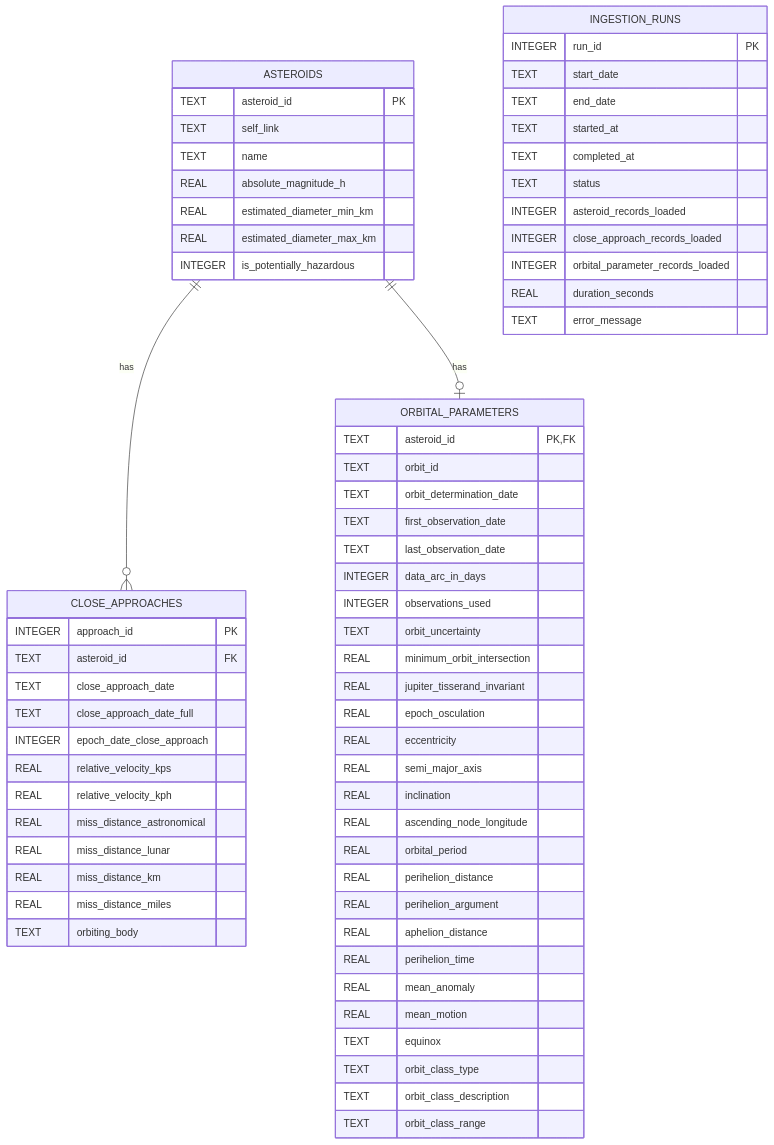
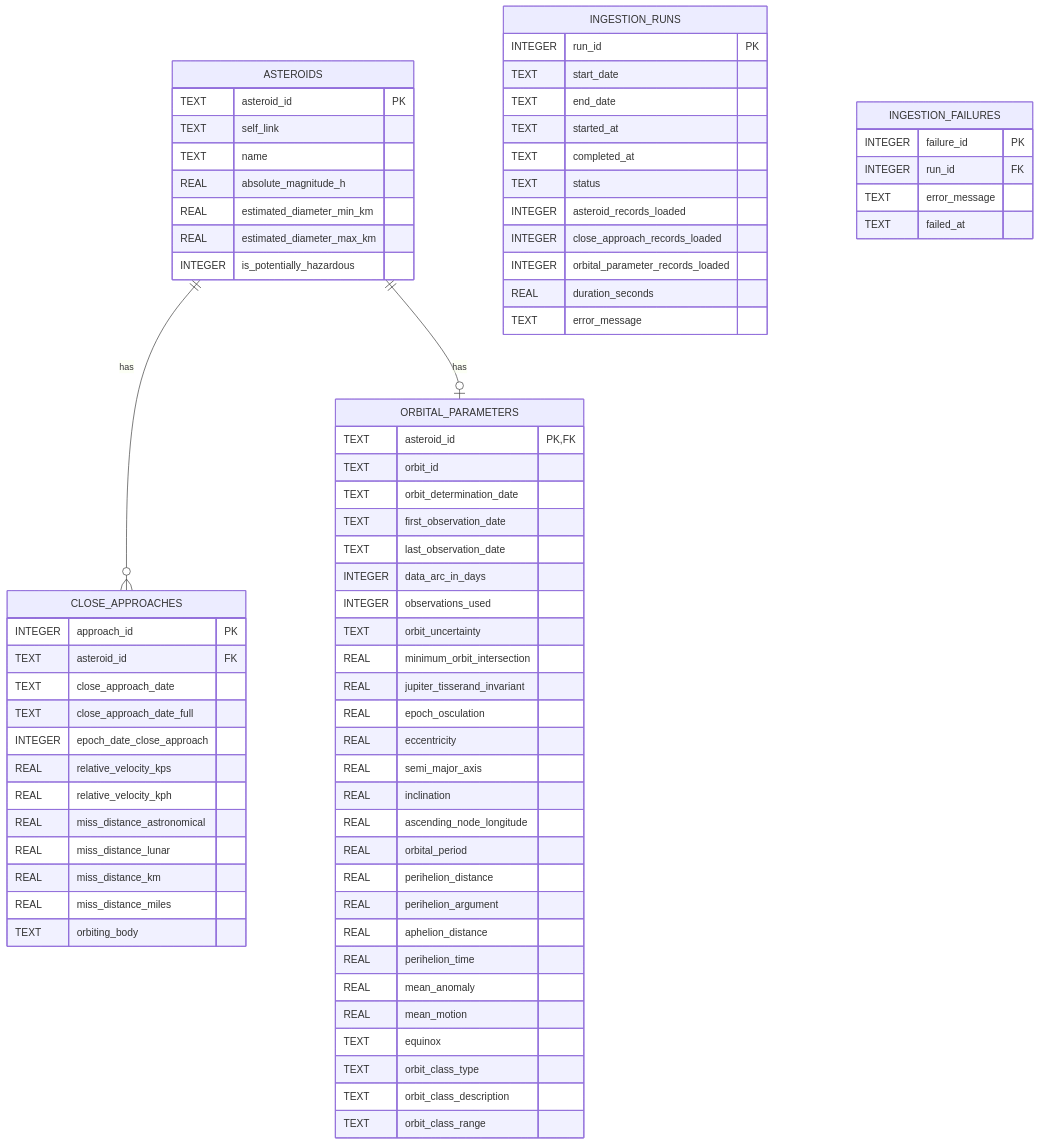
Before and after one commit to Mission-Insight/neo-analytics-platform: the diagram in docs/er_diagram.md, drawn with Mermaid. The commit also changed 2 other files, not shown here.

Commit message:
Edits made to ERD and test files

````diff
--- a/docs/er_diagram.md
+++ b/docs/er_diagram.md
@@ -1,74 +1,81 @@
 ```mermaid
 erDiagram
 
     ASTEROIDS ||--o{ CLOSE_APPROACHES : has
     ASTEROIDS ||--o| ORBITAL_PARAMETERS : has
 
     ASTEROIDS {
         TEXT asteroid_id PK
         TEXT self_link
         TEXT name
         REAL absolute_magnitude_h
         REAL estimated_diameter_min_km
         REAL estimated_diameter_max_km
         INTEGER is_potentially_hazardous
     }
 
     CLOSE_APPROACHES {
         INTEGER approach_id PK
         TEXT asteroid_id FK
         TEXT close_approach_date
         TEXT close_approach_date_full
         INTEGER epoch_date_close_approach
         REAL relative_velocity_kps
         REAL relative_velocity_kph
         REAL miss_distance_astronomical
         REAL miss_distance_lunar
         REAL miss_distance_km
         REAL miss_distance_miles
         TEXT orbiting_body
     }
 
     ORBITAL_PARAMETERS {
         TEXT asteroid_id PK, FK
         TEXT orbit_id
         TEXT orbit_determination_date
         TEXT first_observation_date
         TEXT last_observation_date
         INTEGER data_arc_in_days
         INTEGER observations_used
         TEXT orbit_uncertainty
         REAL minimum_orbit_intersection
         REAL jupiter_tisserand_invariant
         REAL epoch_osculation
         REAL eccentricity
         REAL semi_major_axis
         REAL inclination
         REAL ascending_node_longitude
         REAL orbital_period
         REAL perihelion_distance
         REAL perihelion_argument
         REAL aphelion_distance
         REAL perihelion_time
         REAL mean_anomaly
         REAL mean_motion
         TEXT equinox
         TEXT orbit_class_type
         TEXT orbit_class_description
         TEXT orbit_class_range
     }
 
     INGESTION_RUNS {
         INTEGER run_id PK
         TEXT start_date
         TEXT end_date
         TEXT started_at
         TEXT completed_at
         TEXT status
         INTEGER asteroid_records_loaded
         INTEGER close_approach_records_loaded
         INTEGER orbital_parameter_records_loaded
         REAL duration_seconds
         TEXT error_message
     }
+
+    INGESTION_FAILURES {
+        INTEGER failure_id PK
+        INTEGER run_id FK
+        TEXT error_message
+        TEXT failed_at
+    }
 ```
````
